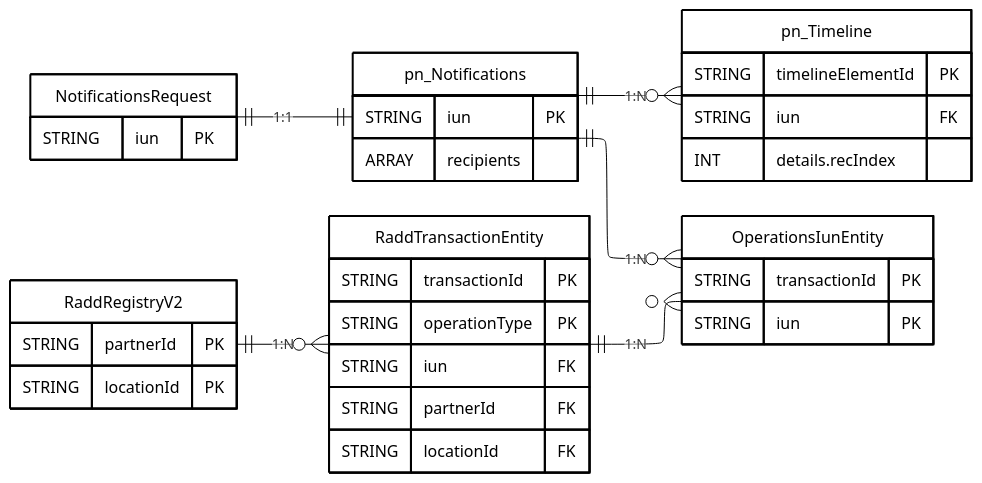
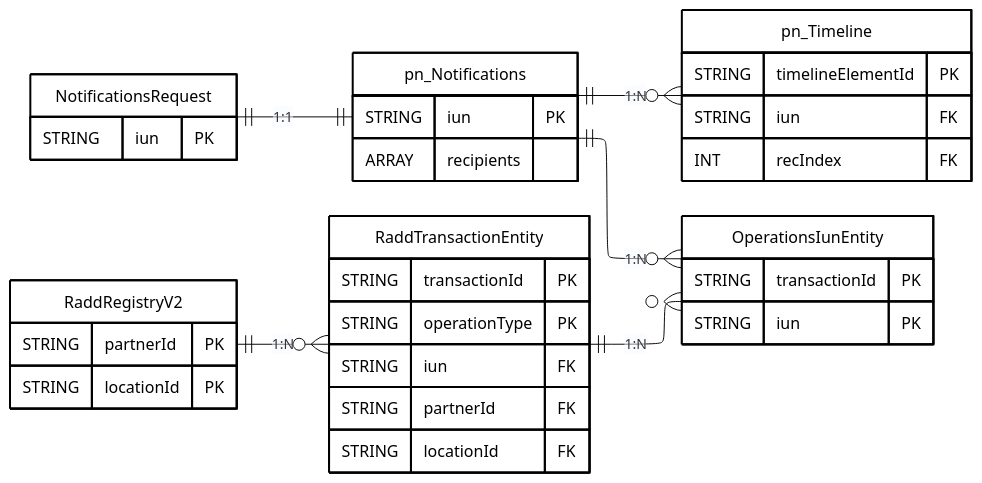
One commit to pagopa/pn-metrics changed the diagram in send_diagrams/data-models/send_er_model.mmd. Above: the diagram before and after it, drawn with Mermaid.

Commit message:
docs: update SEND ER diagram without themeVariables

```diff
--- a/send_diagrams/data-models/send_er_model.mmd
+++ b/send_diagrams/data-models/send_er_model.mmd
@@ -1,99 +1,97 @@
 ---
 config:
   layout: elk
   theme: base
-  themeVariables:
-    background: "#FFFFFF"
-    labelBackgroundColor: "#FFFFFF"
-    entityBkgColor: "#FFFFFF"
-    attributeBkgColor: "#FFFFFF"
-    primaryColor: "#FFFFFF"
 ---
 erDiagram
 
     %% diagram version: 0.0.1
 
     %% sources:
     %% - dc-pn-Notifications.yaml
     %%   id: urn:send:pn:notifications
     %%   version: 0.0.1
     %% - dc-pn-timeline.yaml
     %%   id: urn:send:pn:timelines
     %%   version: 0.0.1
     %% - dc-radd-transaction-entity.yaml
     %%   id: urn:send:radd-alt:dc-radd-transaction-entity
     %%   version: 0.0.1
     %% - dc-radd-registry.yaml
     %%   id: urn:send:radd-alt:dc-radd-registry
     %%   version: 0.0.1
     %% - dc-operations-iuns-entity.yaml
     %%   id: urn:send:radd-alt:dc-operations-iuns-entity
     %%   version: 0.0.1
 
     %% CONVENZIONI
     %% - Diagramma di integrazione tra domini SEND e RADD
     %% - Sono riportate esclusivamente le entità principali
     %% - Sono riportati solamente attributi PK e FK
     %% - Le cardinalità derivano dai diagrammi di dettaglio dei singoli domini
     %% - I commenti descrivono la logica di correlazione tra le entità
 
-    direction LR
+    Direction LR
 
     NotificationsRequest {
         STRING iun PK
     }
 
     pn_Notifications {
         STRING iun PK
         ARRAY recipients
     }
 
     pn_Timeline {
         STRING timelineElementId PK
         STRING iun FK
-        INT details.recIndex
+        INT recIndex FK
     }
 
     RaddRegistryV2 {
         STRING partnerId PK
         STRING locationId PK
     }
 
     RaddTransactionEntity {
         STRING transactionId PK
         STRING operationType PK
         STRING iun FK
         STRING partnerId FK
         STRING locationId FK
     }
 
     OperationsIunEntity {
         STRING transactionId PK
         STRING iun PK
     }
 
     %% RELAZIONI
-    %% NotificationsRequest.iun = pn_Notifications.iun
-    NotificationsRequest ||--|| pn_Notifications : "1:1"
 
-    %% Join a livello di notifica: pn_Notifications.iun = pn_Timeline.iun
-    %% Join a livello di destinatario: pn_Notifications.iun = pn_Timeline.iun AND pn_Notifications.recipient.pos = pn_Timeline.details.recIndex
-    pn_Notifications ||--o{ pn_Timeline : "1:N"
+    %% RaddTransactionEntity.transactionId = OperationsIunEntity.transactionId
+    RaddTransactionEntity ||--o{ OperationsIunEntity : "1:N"
+
+    %% RaddRegistryV2.partnerId = RaddTransactionEntity.partnerId
+    %% AND RaddRegistryV2.locationId = RaddTransactionEntity.locationId
+    RaddRegistryV2 ||--o{ RaddTransactionEntity : "1:N"
 
     %% pn_Notifications.iun = OperationsIunEntity.iun
     pn_Notifications ||--o{ OperationsIunEntity : "1:N"
 
-    %% RaddRegistryV2.partnerId = RaddTransactionEntity.partnerId AND RaddRegistryV2.locationId = RaddTransactionEntity.locationId
-    RaddRegistryV2 ||--o{ RaddTransactionEntity : "1:N"
+    %% Join a livello di notifica: pn_Notifications.iun = pn_Timeline.iun
+    %% Join a livello di destinatario:
+    %% pn_Notifications.iun = pn_Timeline.iun
+    %% AND pn_Timeline.recIndex identifica il destinatario della notifica
+    pn_Notifications ||--o{ pn_Timeline : "1:N"
 
-    %% RaddTransactionEntity.transactionId = OperationsIunEntity.transactionId
-    RaddTransactionEntity ||--o{ OperationsIunEntity : "1:N"
-    
+    %% NotificationsRequest.iun = pn_Notifications.iun
+    NotificationsRequest ||--|| pn_Notifications : "1:1"
+
     %% STILE
 
     style NotificationsRequest fill:#FFFFFF,stroke:#000000,stroke-width:2px,color:#000000
     style pn_Notifications fill:#FFFFFF,stroke:#000000,stroke-width:2px,color:#000000
     style pn_Timeline fill:#FFFFFF,stroke:#000000,stroke-width:2px,color:#000000
     style RaddRegistryV2 fill:#FFFFFF,stroke:#000000,stroke-width:2px,color:#000000
     style RaddTransactionEntity fill:#FFFFFF,stroke:#000000,stroke-width:2px,color:#000000
     style OperationsIunEntity fill:#FFFFFF,stroke:#000000,stroke-width:2px,color:#000000
```
